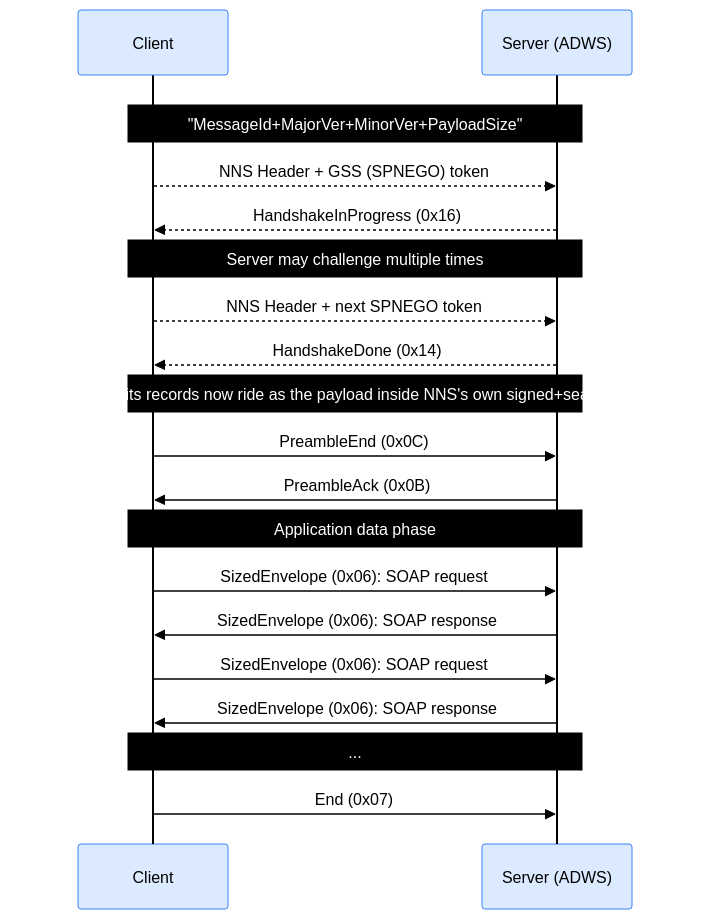
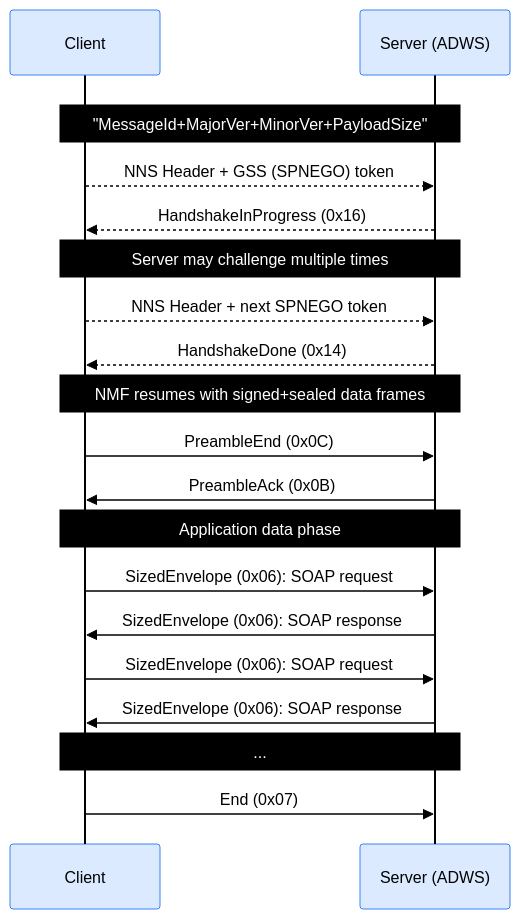
The fourth of 4 diagrams in articles/adws-the-soap-bridge.md (Macmod/ginpacket-wiki), drawn with Mermaid before and after one commit.

````diff
--- a/articles/adws-the-soap-bridge.md
+++ b/articles/adws-the-soap-bridge.md
@@ -535,41 +535,41 @@
 ```mermaid
 %%{init: {'theme': 'base', 'themeVariables': {
   'actorBkg': '#dbeafe',
   'actorBorder': '#3b82f6',
   'actorTextColor': '#000000',
   'actorLineColor': '#000000',
   'signalColor': '#000000',
   'signalTextColor': '#000000',
   'labelBoxBkgColor': '#dbeafe',
   'labelBoxBorderColor': '#3b82f6',
   'labelTextColor': '#000000',
   'loopTextColor': '#000000',
   'noteBkgColor': '#000000',
   'noteBorderColor': '#000000',
   'noteTextColor': '#ffffff'
 }}}%%
 sequenceDiagram
     participant C as Client
     participant S as Server (ADWS)
 
     rect rgb(255, 255, 255)
     Note over C,S: "MessageId+MajorVer+MinorVer+PayloadSize"
     C-->>S: NNS Header + GSS (SPNEGO) token
     S-->>C: HandshakeInProgress (0x16)
     Note over C,S: Server may challenge multiple times
     C-->>S: NNS Header + next SPNEGO token
     S-->>C: HandshakeDone (0x14)
 
-    Note over C,S: NMF resumes - its records now ride as the payload inside NNS's own signed+sealed data frames
+    Note over C,S: NMF resumes with signed+sealed data frames
     C->>S: PreambleEnd (0x0C)
     S->>C: PreambleAck (0x0B)
 
     Note over C,S: Application data phase
     C->>S: SizedEnvelope (0x06): SOAP request
     S->>C: SizedEnvelope (0x06): SOAP response
     C->>S: SizedEnvelope (0x06): SOAP request
     S->>C: SizedEnvelope (0x06): SOAP response
     Note over C,S: ...
     C->>S: End (0x07)
     end
 ```
````
